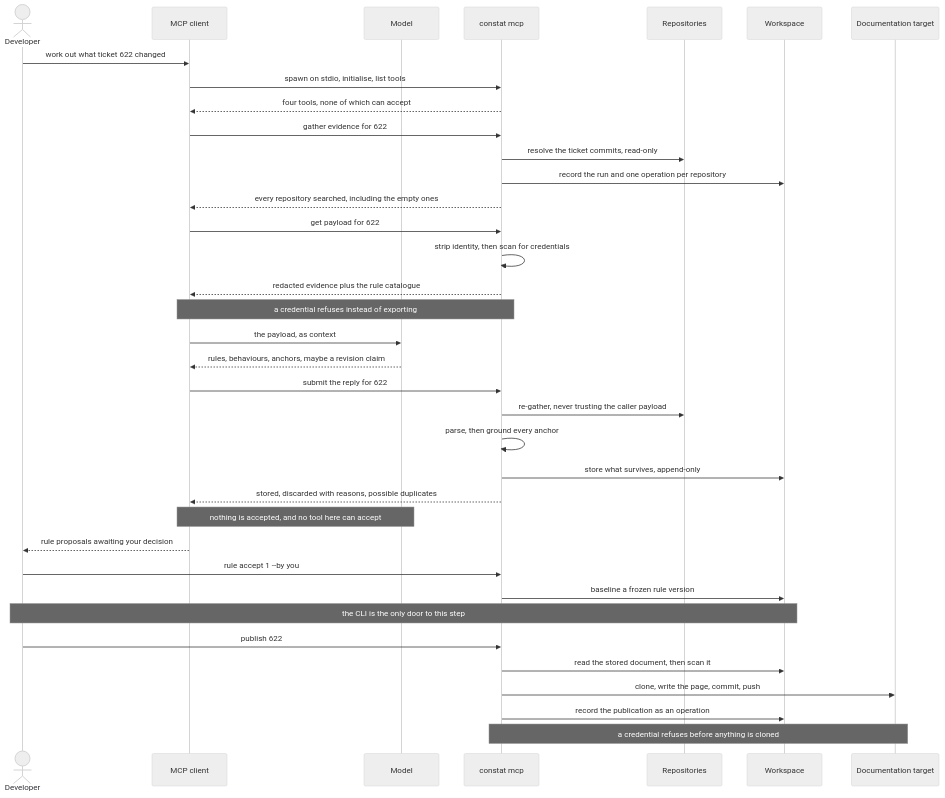
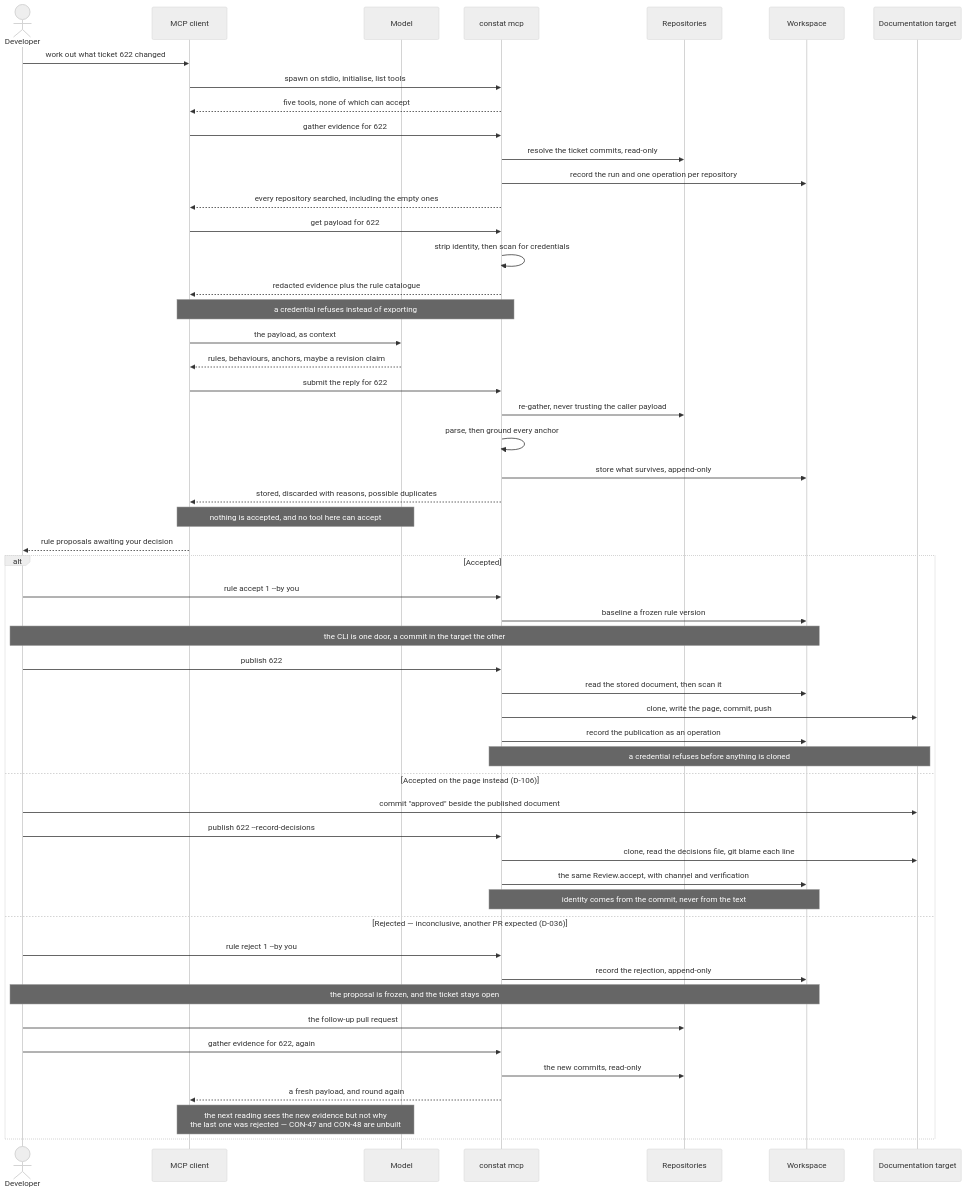
Before and after one commit to padjis/constat: the second of 3 diagrams in ARCHITECTURE.md, drawn with Mermaid (neutral theme). The commit also changed other lines of this file and 7 other files, not shown here.

First line of the commit message:
CON-102: a page for the command loop, and diagrams that tell the truth

````diff
--- a/ARCHITECTURE.md
+++ b/ARCHITECTURE.md
@@ -107,46 +118,64 @@
 ```mermaid
 sequenceDiagram
     actor Dev as Developer
     participant Host as MCP client
     participant Model
     participant Constat as constat mcp
     participant Repos as Repositories
     participant Store as Workspace
     participant Pages as Documentation target
 
     Dev->>Host: work out what ticket 622 changed
     Host->>Constat: spawn on stdio, initialise, list tools
-    Constat-->>Host: four tools, none of which can accept
+    Constat-->>Host: five tools, none of which can accept
 
     Host->>Constat: gather evidence for 622
     Constat->>Repos: resolve the ticket commits, read-only
     Constat->>Store: record the run and one operation per repository
     Constat-->>Host: every repository searched, including the empty ones
 
     Host->>Constat: get payload for 622
     Constat->>Constat: strip identity, then scan for credentials
     Constat-->>Host: redacted evidence plus the rule catalogue
     Note over Constat,Host: a credential refuses instead of exporting
 
     Host->>Model: the payload, as context
     Model-->>Host: rules, behaviours, anchors, maybe a revision claim
 
     Host->>Constat: submit the reply for 622
     Constat->>Repos: re-gather, never trusting the caller payload
     Constat->>Constat: parse, then ground every anchor
     Constat->>Store: store what survives, append-only
     Constat-->>Host: stored, discarded with reasons, possible duplicates
     Note over Host,Model: nothing is accepted, and no tool here can accept
 
     Host-->>Dev: rule proposals awaiting your decision
 
-    Dev->>Constat: rule accept 1 --by you
-    Constat->>Store: baseline a frozen rule version
-    Note over Dev,Store: the CLI is the only door to this step
+    alt Accepted
+        Dev->>Constat: rule accept 1 --by you
+        Constat->>Store: baseline a frozen rule version
+        Note over Dev,Store: the CLI is one door, a commit in the target the other
 
-    Dev->>Constat: publish 622
-    Constat->>Store: read the stored document, then scan it
-    Constat->>Pages: clone, write the page, commit, push
-    Constat->>Store: record the publication as an operation
-    Note over Constat,Pages: a credential refuses before anything is cloned
+        Dev->>Constat: publish 622
+        Constat->>Store: read the stored document, then scan it
+        Constat->>Pages: clone, write the page, commit, push
+        Constat->>Store: record the publication as an operation
+        Note over Constat,Pages: a credential refuses before anything is cloned
+    else Accepted on the page instead (D-106)
+        Dev->>Pages: commit "approved" beside the published document
+        Dev->>Constat: publish 622 --record-decisions
+        Constat->>Pages: clone, read the decisions file, git blame each line
+        Constat->>Store: the same Review.accept, with channel and verification
+        Note over Constat,Store: identity comes from the commit, never from the text
+    else Rejected — inconclusive, another PR expected (D-036)
+        Dev->>Constat: rule reject 1 --by you
+        Constat->>Store: record the rejection, append-only
+        Note over Dev,Store: the proposal is frozen, and the ticket stays open
+
+        Dev->>Repos: the follow-up pull request
+        Dev->>Constat: gather evidence for 622, again
+        Constat->>Repos: the new commits, read-only
+        Constat-->>Host: a fresh payload, and round again
+        Note over Host,Model: the next reading sees the new evidence but not why<br/>the last one was rejected — CON-47 and CON-48 are unbuilt
+    end
 ```
````
